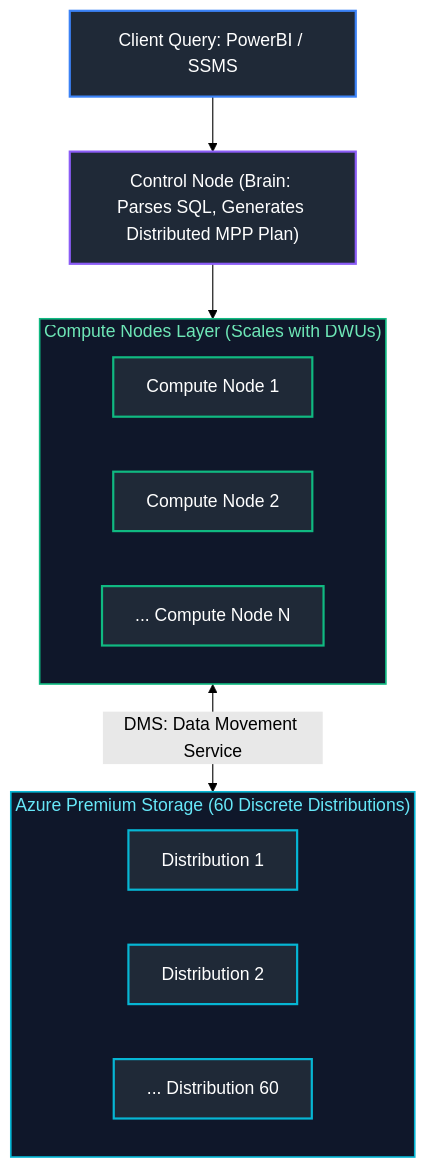
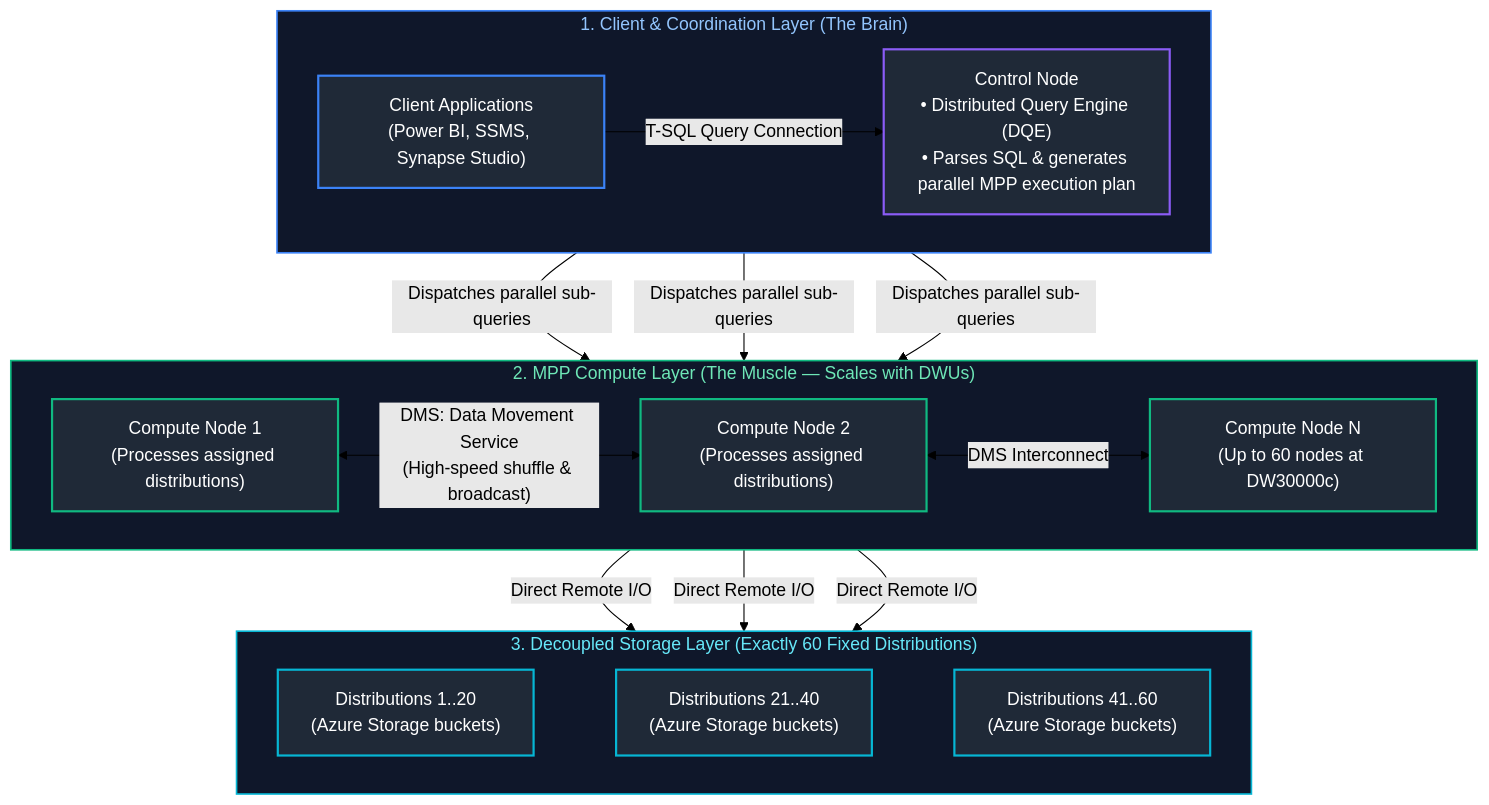
Before and after one commit to joydeep-biswas/Interview-Preparation: the eighth of 12 diagrams in Data Engineering/13_azure_data_engineering_and_devops.md, drawn with Mermaid (forest theme). The commit also changed other lines of this file and 76 other files, not shown here.

Commit message:
Updated Charts

````diff
--- a/Data Engineering/13_azure_data_engineering_and_devops.md
+++ b/Data Engineering/13_azure_data_engineering_and_devops.md
@@ -703,31 +703,36 @@
 ```mermaid
 flowchart TD
-    Client[Client Query: PowerBI / SSMS] --> ControlNode["Control Node (Brain: Parses SQL, Generates Distributed MPP Plan)"]
-    
-    subgraph ComputeNodes ["Compute Nodes Layer (Scales with DWUs)"]
-        C1["Compute Node 1"]
-        C2["Compute Node 2"]
-        C3["... Compute Node N"]
+    subgraph ClientControl ["1. Client & Coordination Layer (The Brain)"]
+        direction LR
+        Client["Client Applications<br/>(Power BI, SSMS, Synapse Studio)"] -->|"T-SQL Query Connection"| ControlNode["Control Node<br/>• Distributed Query Engine (DQE)<br/>• Parses SQL & generates parallel MPP execution plan"]
     end
 
-    subgraph StorageLayer ["Azure Premium Storage (60 Discrete Distributions)"]
-        D1["Distribution 1"]
-        D2["Distribution 2"]
-        D60["... Distribution 60"]
+    subgraph ComputeTier ["2. MPP Compute Layer (The Muscle — Scales with DWUs)"]
+        direction LR
+        C1["Compute Node 1<br/>(Processes assigned distributions)"] <-->|"DMS: Data Movement Service<br/>(High-speed shuffle & broadcast)"| C2["Compute Node 2<br/>(Processes assigned distributions)"]
+        C2 <-->|"DMS Interconnect"| CN["Compute Node N<br/>(Up to 60 nodes at DW30000c)"]
     end
 
-    ControlNode --> ComputeNodes
-    ComputeNodes <-->|DMS: Data Movement Service| StorageLayer
+    subgraph StorageTier ["3. Decoupled Storage Layer (Exactly 60 Fixed Distributions)"]
+        direction LR
+        D1["Distributions 1..20<br/>(Azure Storage buckets)"] ~~~ D2["Distributions 21..40<br/>(Azure Storage buckets)"] ~~~ D3["Distributions 41..60<br/>(Azure Storage buckets)"]
+    end
 
-    style ComputeNodes fill:#0f172a,stroke:#10b981,stroke-width:1.5px,color:#6ee7b7
-    style StorageLayer fill:#0f172a,stroke:#06b6d4,stroke-width:1.5px,color:#67e8f9
+    ControlNode -->|"Dispatches parallel sub-queries"| C1 & C2 & CN
+    C1 -->|"Direct Remote I/O"| D1
+    C2 -->|"Direct Remote I/O"| D2
+    CN -->|"Direct Remote I/O"| D3
+
+    style ClientControl fill:#0f172a,stroke:#3b82f6,stroke-width:1.5px,color:#93c5fd
+    style ComputeTier fill:#0f172a,stroke:#10b981,stroke-width:1.5px,color:#6ee7b7
+    style StorageTier fill:#0f172a,stroke:#06b6d4,stroke-width:1.5px,color:#67e8f9
 
     style Client fill:#1f2937,stroke:#3b82f6,stroke-width:2px,color:#fff
     style ControlNode fill:#1f2937,stroke:#8b5cf6,stroke-width:2px,color:#fff
     style C1 fill:#1f2937,stroke:#10b981,stroke-width:2px,color:#fff
     style C2 fill:#1f2937,stroke:#10b981,stroke-width:2px,color:#fff
-    style C3 fill:#1f2937,stroke:#10b981,stroke-width:2px,color:#fff
+    style CN fill:#1f2937,stroke:#10b981,stroke-width:2px,color:#fff
     style D1 fill:#1f2937,stroke:#06b6d4,stroke-width:2px,color:#fff
     style D2 fill:#1f2937,stroke:#06b6d4,stroke-width:2px,color:#fff
-    style D60 fill:#1f2937,stroke:#06b6d4,stroke-width:2px,color:#fff
+    style D3 fill:#1f2937,stroke:#06b6d4,stroke-width:2px,color:#fff
 ```
````
